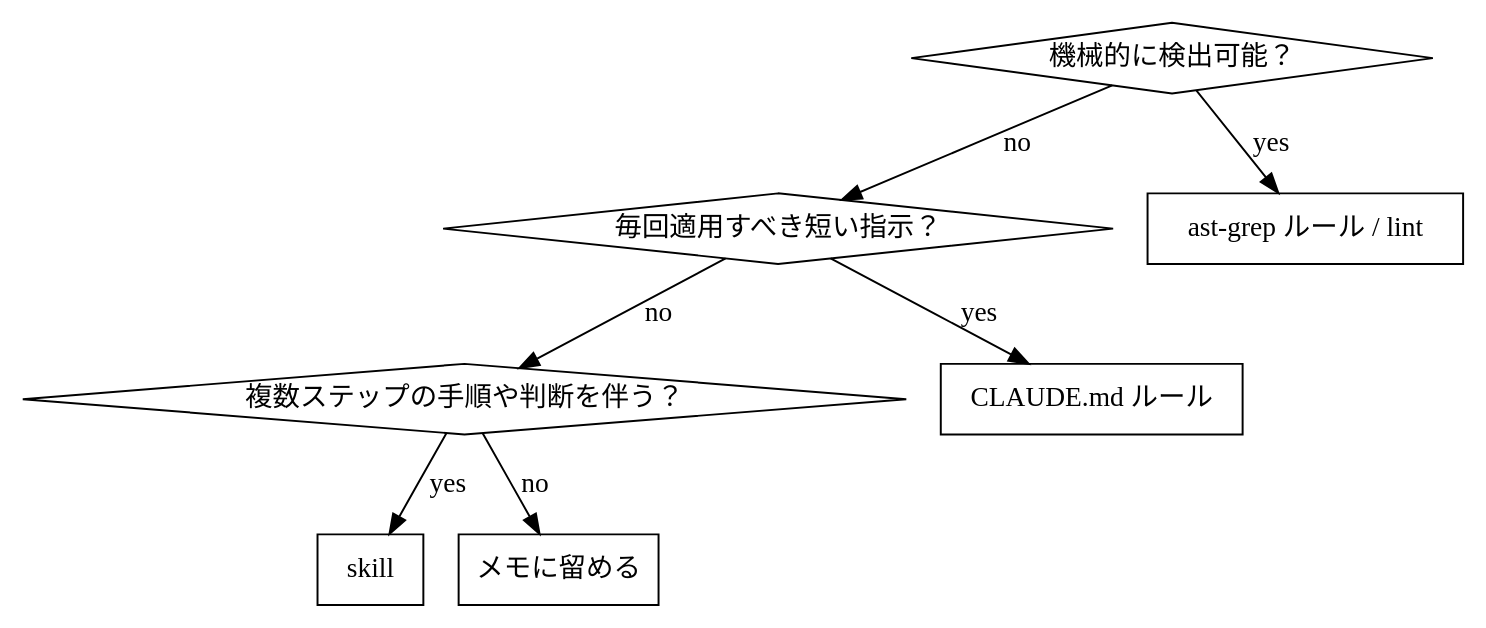
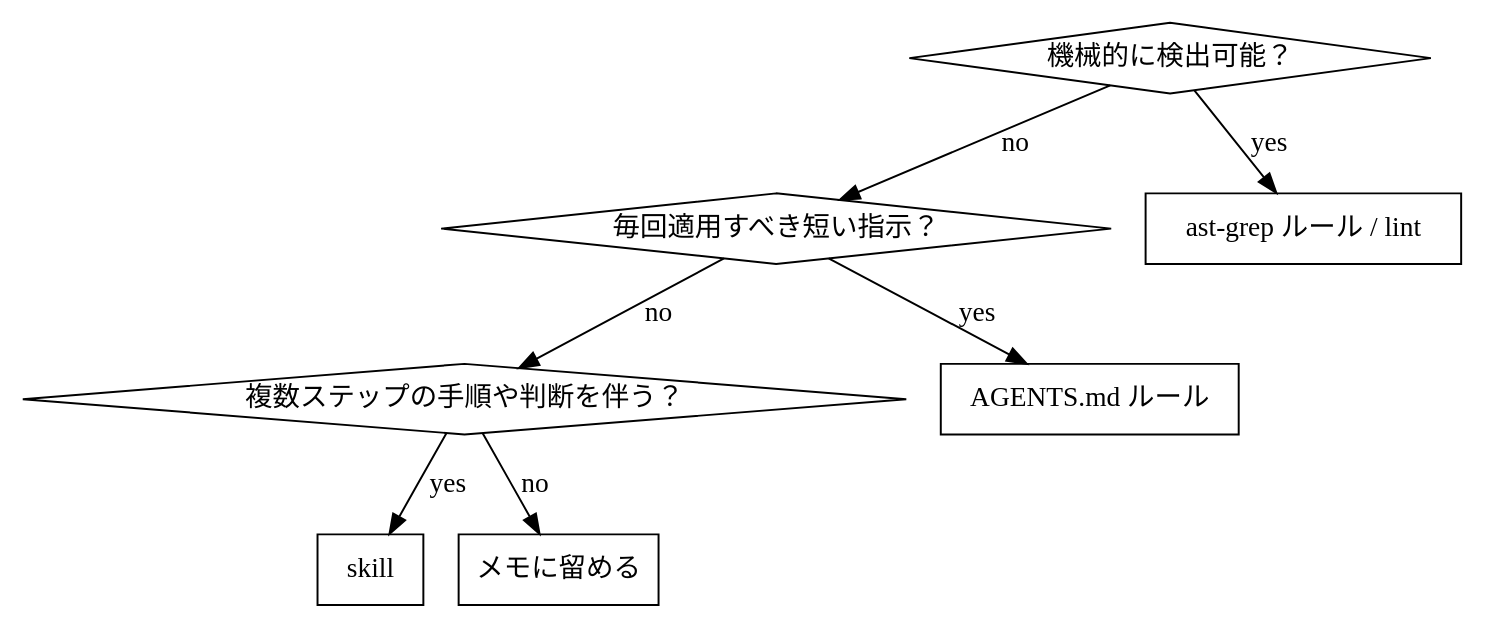
Before and after one commit to wogikaze/ts2wasm: the diagram in .agents/skills/retrospective-codify/SKILL-ja.md, drawn with Graphviz. The commit also changed other lines of this file and 2 other files, not shown here.

Commit message:
replace CLAUDE.md to AGENTS.md

````diff
--- a/.agents/skills/retrospective-codify/SKILL-ja.md
+++ b/.agents/skills/retrospective-codify/SKILL-ja.md
@@ -68,18 +68,18 @@
 ```dot
 digraph classify {
     "機械的に検出可能？" [shape=diamond];
     "毎回適用すべき短い指示？" [shape=diamond];
     "複数ステップの手順や判断を伴う？" [shape=diamond];
     "ast-grep ルール / lint" [shape=box];
-    "CLAUDE.md ルール" [shape=box];
+    "AGENTS.md ルール" [shape=box];
     "skill" [shape=box];
     "メモに留める" [shape=box];
 
     "機械的に検出可能？" -> "ast-grep ルール / lint" [label="yes"];
     "機械的に検出可能？" -> "毎回適用すべき短い指示？" [label="no"];
-    "毎回適用すべき短い指示？" -> "CLAUDE.md ルール" [label="yes"];
+    "毎回適用すべき短い指示？" -> "AGENTS.md ルール" [label="yes"];
     "毎回適用すべき短い指示？" -> "複数ステップの手順や判断を伴う？" [label="no"];
     "複数ステップの手順や判断を伴う？" -> "skill" [label="yes"];
     "複数ステップの手順や判断を伴う？" -> "メモに留める" [label="no"];
 }
 ```
````
